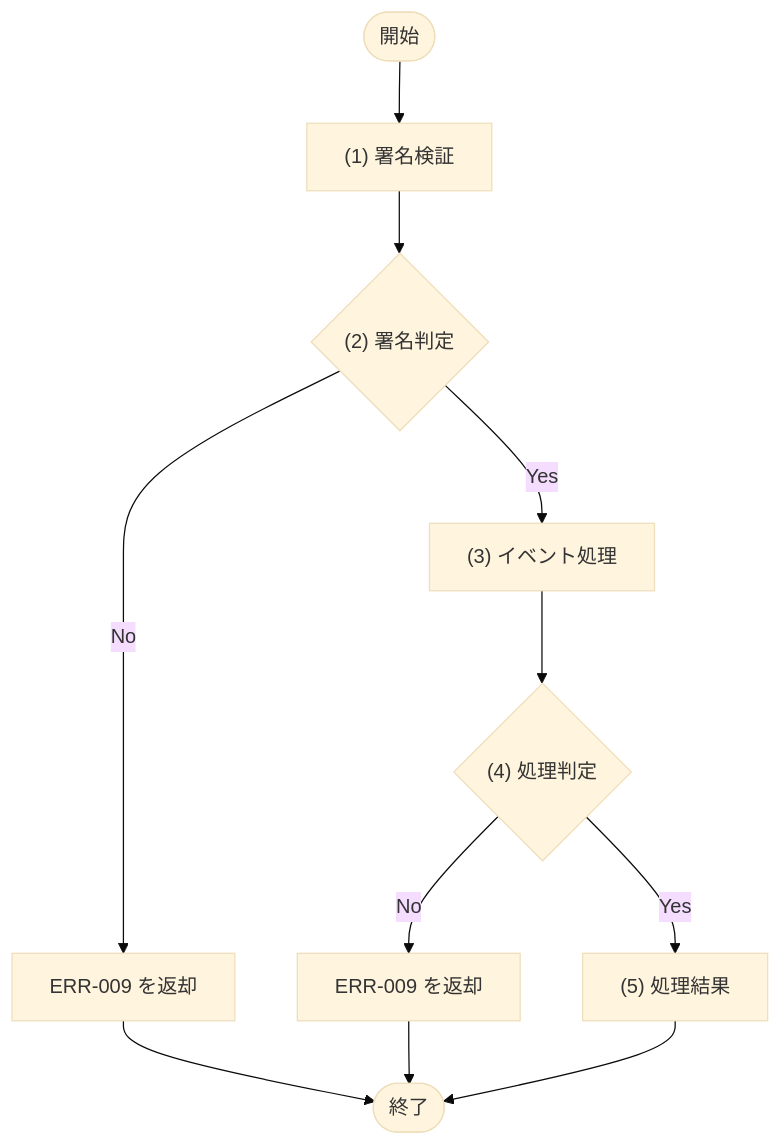
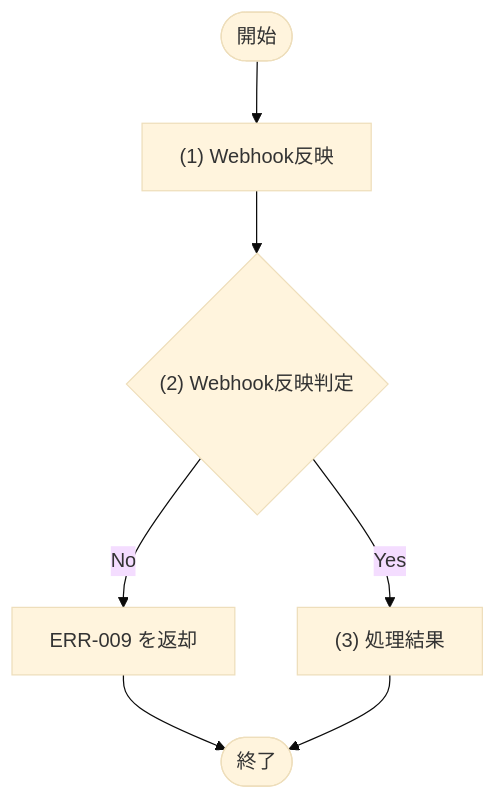
The diagram in docs/03_機能設計/03_API設計/API-011_StripeWebhook受信.md (sikakou54/system-document-template), drawn with Mermaid (base theme) before and after one commit. The commit also changed other lines of this file and 38 other files, not shown here.

````diff
--- a/docs/03_機能設計/03_API設計/API-011_StripeWebhook受信.md
+++ b/docs/03_機能設計/03_API設計/API-011_StripeWebhook受信.md
@@ -38,18 +38,13 @@
 ```mermaid
 flowchart TD
   Start([開始])
-  P1["(1) 署名検証"]
-  D1{"(2) 署名判定"}
+  P1["(1) Webhook反映"]
+  D1{"(2) Webhook反映判定"}
   E1["ERR-009 を返却"]
-  P2["(3) イベント処理"]
-  D2{"(4) 処理判定"}
-  E2["ERR-009 を返却"]
-  P3["(5) 処理結果"]
+  P2["(3) 処理結果"]
   End([終了])
 
   Start --> P1 --> D1
   D1 -- "No" --> E1 --> End
-  D1 -- "Yes" --> P2 --> D2
-  D2 -- "No" --> E2 --> End
-  D2 -- "Yes" --> P3 --> End
+  D1 -- "Yes" --> P2 --> End
 ```
````
